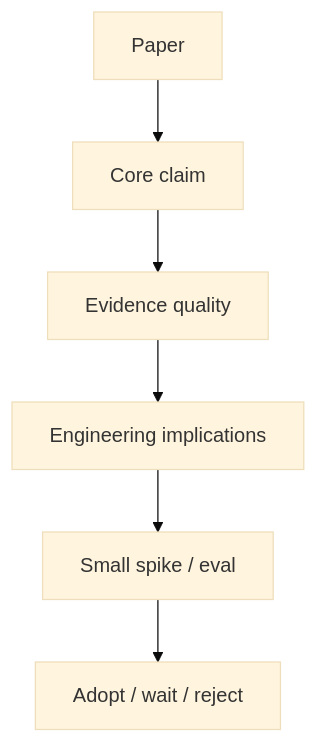
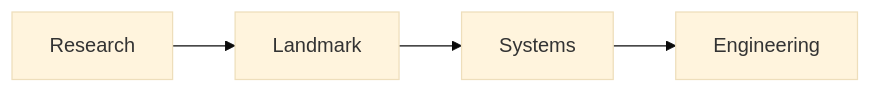
The diagram in domains/advanced-ai-research/README.md (abdulsamad183/ai-engineering-playbook), drawn with Mermaid (base theme) before and after one commit. The commit also changed other lines of this file and 541 other files, not shown here.

````diff
--- a/domains/advanced-ai-research/README.md
+++ b/domains/advanced-ai-research/README.md
@@ -18,8 +21,4 @@
 ```mermaid
-flowchart TB
-  Paper[Paper] --> Claim[Core claim]
-  Claim --> Evidence[Evidence quality]
-  Evidence --> Eng[Engineering implications]
-  Eng --> Trial[Small spike / eval]
-  Trial --> Adopt[Adopt / wait / reject]
+flowchart LR
+  S1[Research] --> S2[Landmark] --> S3[Systems] --> S4[Engineering]
 ```
````
